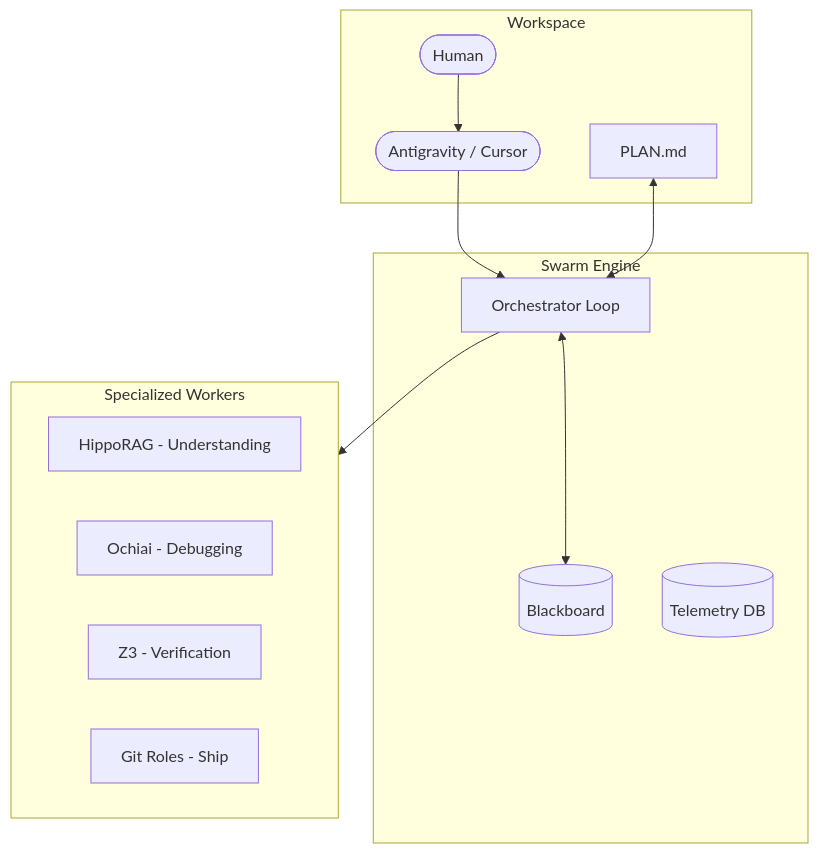
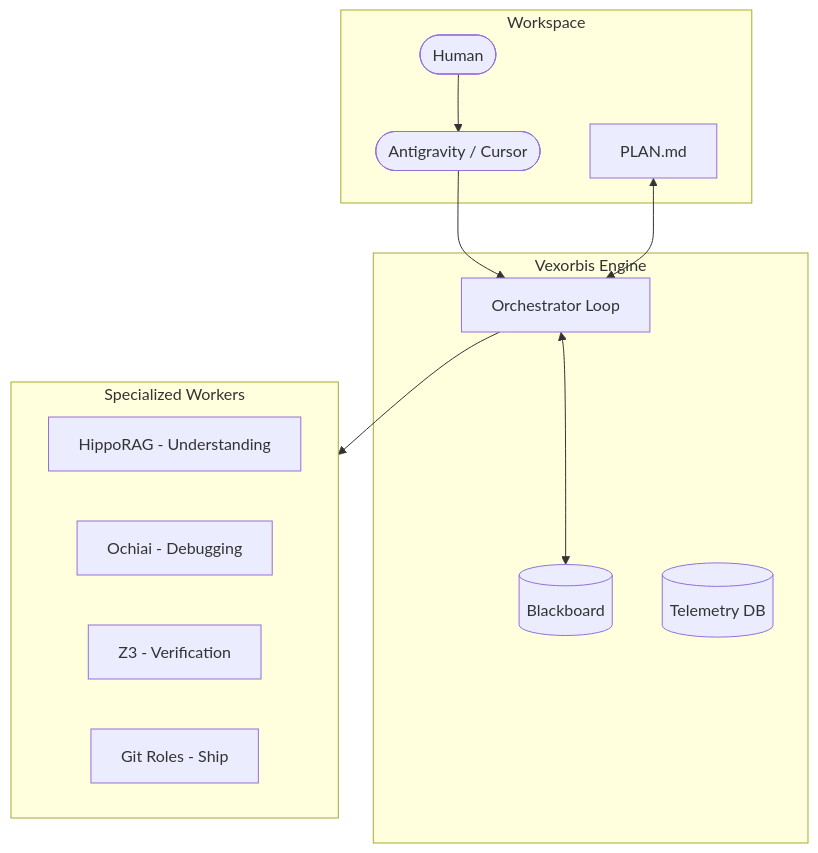
The diagram in README.md (AgentAgony/Swarmdocs), drawn with Mermaid before and after one commit. The commit also changed other lines of this file and 18 other files, not shown here.

Commit message:
docs: Add initial comprehensive documentation covering project concepts, architecture, tools, and usage guides, along with updates to project meta-files.

````diff
--- a/README.md
+++ b/README.md
@@ -42,26 +32,26 @@
 ```mermaid
 graph TD
     subgraph "Workspace"
         User([Human])
         IDE([Antigravity / Cursor])
         PLAN[PLAN.md]
     end
 
-    subgraph "Swarm Engine"
+    subgraph "Vexorbis Engine"
         Orchestrator[Orchestrator Loop]
         Blackboard[(Blackboard)]
         Memory[(Telemetry DB)]
     end
 
     subgraph Workers ["Specialized Workers"]
         HippoRAG[HippoRAG - Understanding]
         SBFL[Ochiai - Debugging]
         Z3[Z3 - Verification]
         GitRoles[Git Roles - Ship]
     end
 
     User --> IDE --> Orchestrator
     PLAN <--> Orchestrator
     Orchestrator <--> Blackboard
     Orchestrator --> Workers
 ```
````
